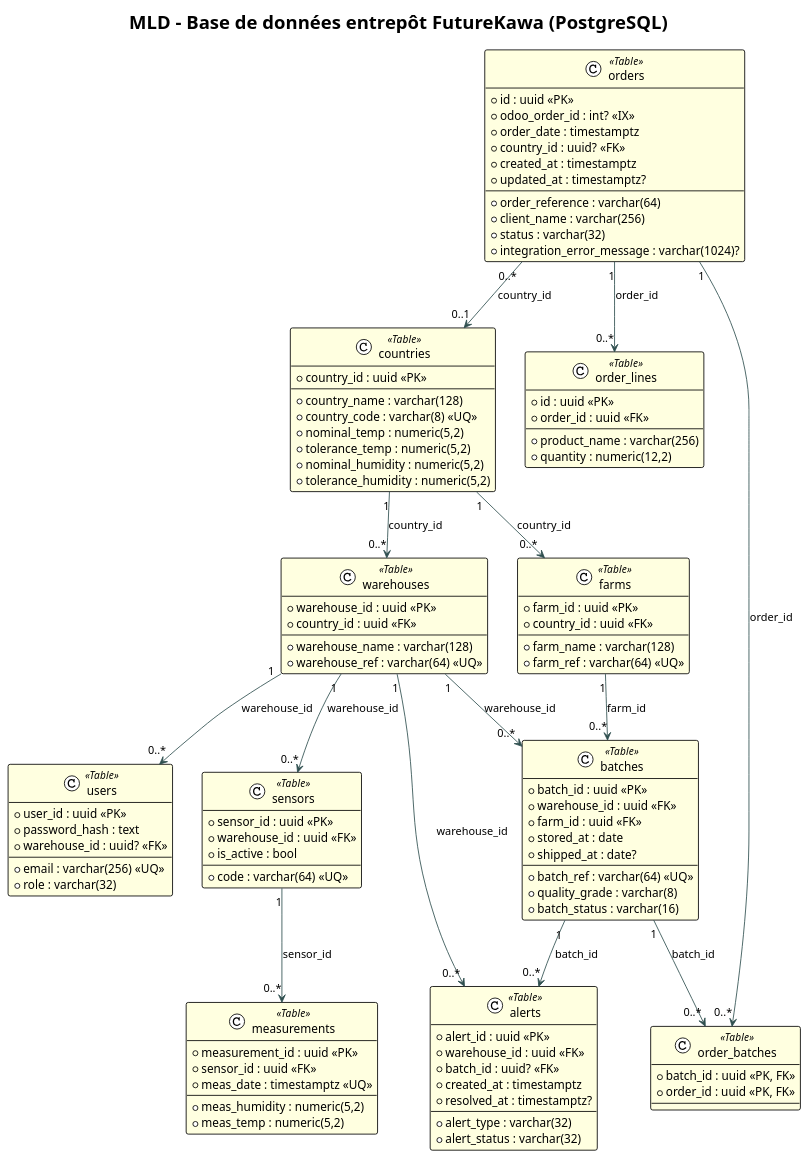
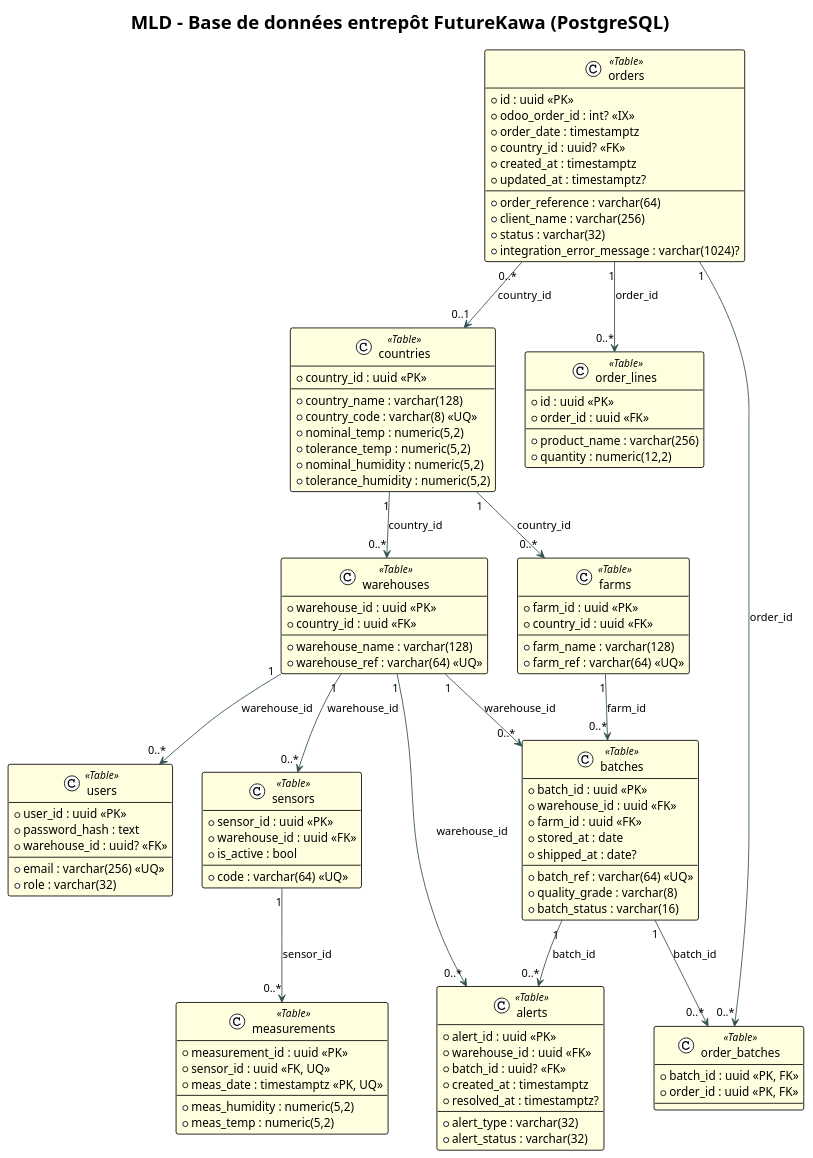
The diagram in Documentation/diagrammes/mld_warehouse.puml (FutureKawa-Nte-G2/FutureKawa), drawn with PlantUML before and after one commit. The commit also changed 1 other file, not shown here.

```diff
--- a/Documentation/diagrammes/mld_warehouse.puml
+++ b/Documentation/diagrammes/mld_warehouse.puml
@@ -1,120 +1,120 @@
 @startuml MLD_Warehouse_FutureKawa
 
 !theme plain
 
 title MLD - Base de données entrepôt FutureKawa (PostgreSQL)
 
 skinparam class {
     BackgroundColor<<Table>> LightYellow
     ArrowColor DarkSlateGray
 }
 
 class "users" as Users <<Table>> {
   + user_id : uuid <<PK>>
   + email : varchar(256) <<UQ>>
   + password_hash : text
   + role : varchar(32)
   + warehouse_id : uuid? <<FK>>
 }
 
 class "countries" as Countries <<Table>> {
   + country_id : uuid <<PK>>
   + country_name : varchar(128)
   + country_code : varchar(8) <<UQ>>
   + nominal_temp : numeric(5,2)
   + tolerance_temp : numeric(5,2)
   + nominal_humidity : numeric(5,2)
   + tolerance_humidity : numeric(5,2)
 }
 
 class "farms" as Farms <<Table>> {
   + farm_id : uuid <<PK>>
   + country_id : uuid <<FK>>
   + farm_name : varchar(128)
   + farm_ref : varchar(64) <<UQ>>
 }
 
 class "warehouses" as Warehouses <<Table>> {
   + warehouse_id : uuid <<PK>>
   + country_id : uuid <<FK>>
   + warehouse_name : varchar(128)
   + warehouse_ref : varchar(64) <<UQ>>
 }
 
 class "batches" as Batches <<Table>> {
   + batch_id : uuid <<PK>>
   + warehouse_id : uuid <<FK>>
   + farm_id : uuid <<FK>>
   + batch_ref : varchar(64) <<UQ>>
   + stored_at : date
   + shipped_at : date?
   + quality_grade : varchar(8)
   + batch_status : varchar(16)
 }
 
 class "sensors" as Sensors <<Table>> {
   + sensor_id : uuid <<PK>>
   + warehouse_id : uuid <<FK>>
   + code : varchar(64) <<UQ>>
   + is_active : bool
 }
 
 class "measurements" as Measurements <<Table>> {
   + measurement_id : uuid <<PK>>
-  + sensor_id : uuid <<FK>>
-  + meas_date : timestamptz <<UQ>>
+  + sensor_id : uuid <<FK, UQ>>
+  + meas_date : timestamptz <<PK, UQ>>
   + meas_humidity : numeric(5,2)
   + meas_temp : numeric(5,2)
 }
 
 class "alerts" as Alerts <<Table>> {
   + alert_id : uuid <<PK>>
   + warehouse_id : uuid <<FK>>
   + batch_id : uuid? <<FK>>
   + alert_type : varchar(32)
   + alert_status : varchar(32)
   + created_at : timestamptz
   + resolved_at : timestamptz?
 }
 
 class "orders" as Orders <<Table>> {
   + id : uuid <<PK>>
   + odoo_order_id : int? <<IX>>
   + order_reference : varchar(64)
   + order_date : timestamptz
   + client_name : varchar(256)
   + country_id : uuid? <<FK>>
   + status : varchar(32)
   + integration_error_message : varchar(1024)?
   + created_at : timestamptz
   + updated_at : timestamptz?
 }
 
 class "order_lines" as OrderLines <<Table>> {
   + id : uuid <<PK>>
   + order_id : uuid <<FK>>
   + product_name : varchar(256)
   + quantity : numeric(12,2)
 }
 
 class "order_batches" as OrderBatches <<Table>> {
   + batch_id : uuid <<PK, FK>>
   + order_id : uuid <<PK, FK>>
 }
 
 ' Relations logiques (PK/FK)
 Countries "1" --> "0..*" Farms : country_id
 Countries "1" --> "0..*" Warehouses : country_id
 Farms "1" --> "0..*" Batches : farm_id
 Warehouses "1" --> "0..*" Batches : warehouse_id
 Warehouses "1" --> "0..*" Users : warehouse_id
 Warehouses "1" --> "0..*" Sensors : warehouse_id
 Warehouses "1" --> "0..*" Alerts : warehouse_id
 Sensors "1" --> "0..*" Measurements : sensor_id
 Batches "1" --> "0..*" Alerts : batch_id
 Orders "0..*" --> "0..1" Countries : country_id
 Orders "1" --> "0..*" OrderLines : order_id
 Orders "1" --> "0..*" OrderBatches : order_id
 Batches "1" --> "0..*" OrderBatches : batch_id
 
 @enduml
```
